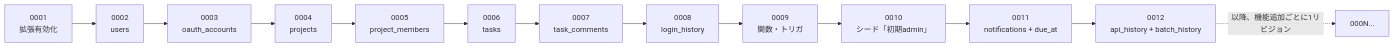
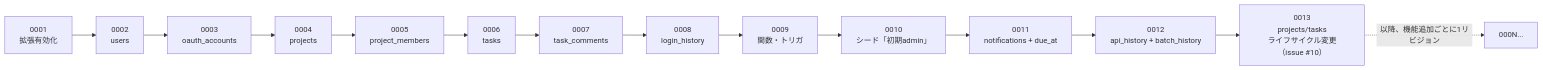
One commit to oikawa-d/task_management changed the first of 4 diagrams in detailed_design/database/09_migration.md. Above: the diagram before and after it, drawn with Mermaid. The commit also changed other lines of this file and 25 other files, not shown here.

````diff
--- a/detailed_design/database/09_migration.md
+++ b/detailed_design/database/09_migration.md
@@ -53,15 +54,16 @@
 ```mermaid
 flowchart LR
     R1["0001<br/>拡張有効化"] --> R2["0002<br/>users"]
     R2 --> R3["0003<br/>oauth_accounts"]
     R3 --> R4["0004<br/>projects"]
     R4 --> R5["0005<br/>project_members"]
     R5 --> R6["0006<br/>tasks"]
     R6 --> R7["0007<br/>task_comments"]
     R7 --> R8["0008<br/>login_history"]
     R8 --> R9["0009<br/>関数・トリガ"]
     R9 --> R10["0010<br/>シード「初期admin」"]
     R10 --> R11["0011<br/>notifications + due_at"]
     R11 --> R12["0012<br/>api_history + batch_history"]
-    R12 -.->|"以降、機能追加ごとに1リビジョン"| RN["000N..."]
+    R12 --> R13["0013<br/>projects/tasks<br/>ライフサイクル変更（issue #10）"]
+    R13 -.->|"以降、機能追加ごとに1リビジョン"| RN["000N..."]
 ```
````
